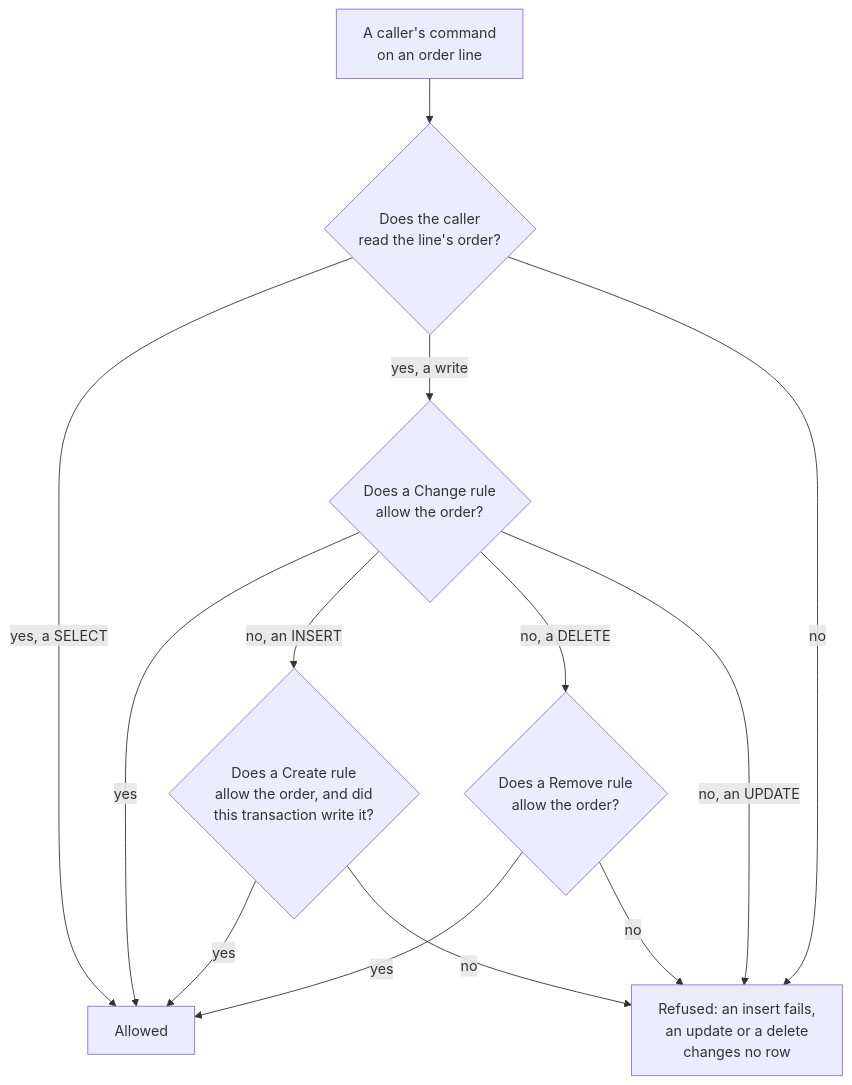
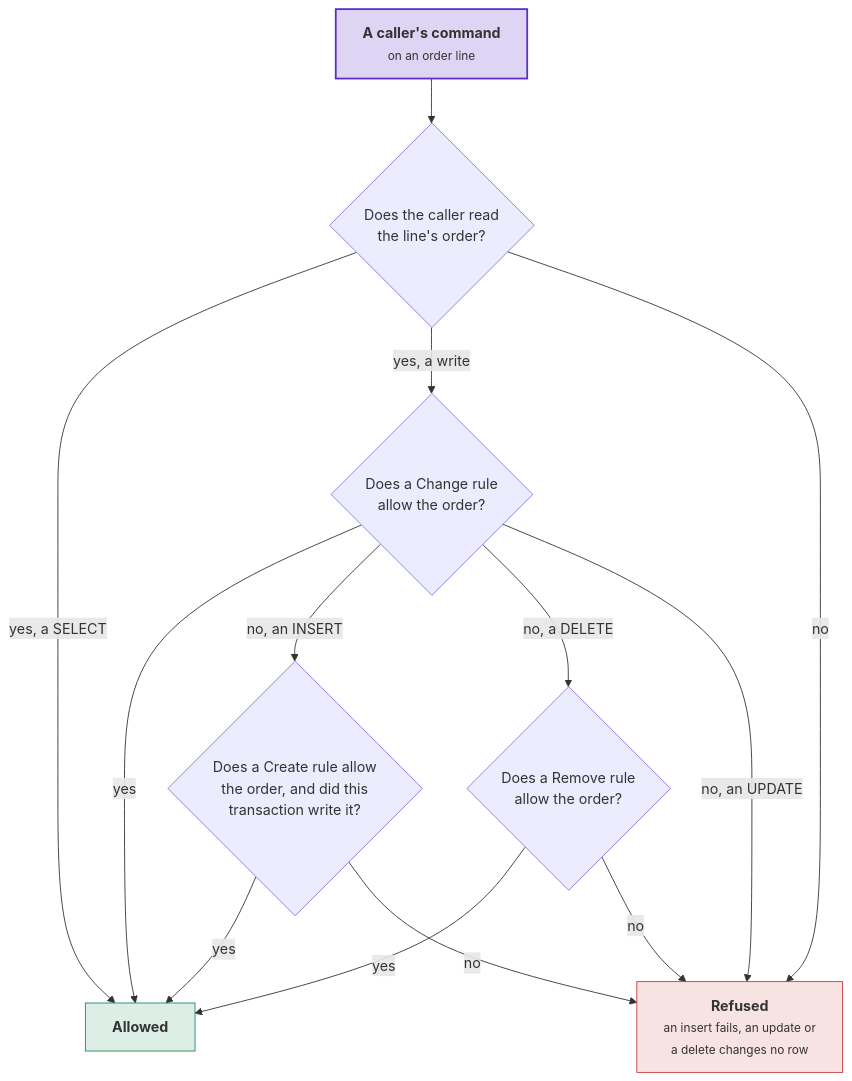
The sixth of 14 diagrams in docs/row-level-security.md (DylanSnel/DDDToolkit), drawn with Mermaid before and after one commit. The commit also changed other lines of this file and 41 other files, not shown here.

First line of the commit message:
Docs: plain prose, one word per concept, and readable diagrams on every page

````diff
--- a/docs/row-level-security.md
+++ b/docs/row-level-security.md
@@ -1033,15 +1136,28 @@
 ```mermaid
 flowchart TD
-    Command["A caller's command<br/>on an order line"] --> Readable{"Does the caller<br/>read the line's order?"}
-    Readable -->|"yes, a SELECT"| Allowed["Allowed"]
-    Readable -->|"yes, a write"| Change{"Does a Change rule<br/>allow the order?"}
-    Readable -->|no| Refused["Refused: an insert fails,<br/>an update or a delete<br/>changes no row"]
-    Change -->|yes| Allowed
-    Change -->|"no, an INSERT"| Create{"Does a Create rule<br/>allow the order, and did<br/>this transaction write it?"}
-    Change -->|"no, a DELETE"| Remove{"Does a Remove rule<br/>allow the order?"}
-    Change -->|"no, an UPDATE"| Refused
-    Create -->|yes| Allowed
-    Create -->|no| Refused
-    Remove -->|yes| Allowed
-    Remove -->|no| Refused
+    command["<b>A caller's command</b><br/><small>on an order line</small>"]
+    readable{"Does the caller read<br/>the line's order?"}
+    change{"Does a Change rule<br/>allow the order?"}
+    create{"Does a Create rule allow<br/>the order, and did this<br/>transaction write it?"}
+    remove{"Does a Remove rule<br/>allow the order?"}
+    allowed["<b>Allowed</b>"]
+    refused["<b>Refused</b><br/><small>an insert fails, an update or<br/>a delete changes no row</small>"]
+    command --> readable
+    readable -->|"yes, a SELECT"| allowed
+    readable -->|"yes, a write"| change
+    readable -->|no| refused
+    change -->|yes| allowed
+    change -->|"no, an INSERT"| create
+    change -->|"no, a DELETE"| remove
+    change -->|"no, an UPDATE"| refused
+    create -->|yes| allowed
+    create -->|no| refused
+    remove -->|yes| allowed
+    remove -->|no| refused
+    classDef strong fill:#5b2ec933,stroke:#5b2ec9,stroke-width:2px
+    classDef good fill:#1f8a5b26,stroke:#1f8a5b
+    classDef bad fill:#c93c3c24,stroke:#c93c3c
+    class command strong
+    class allowed good
+    class refused bad
 ```
````
